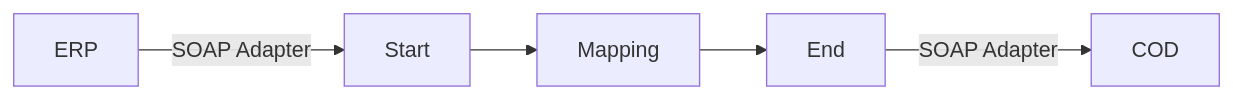
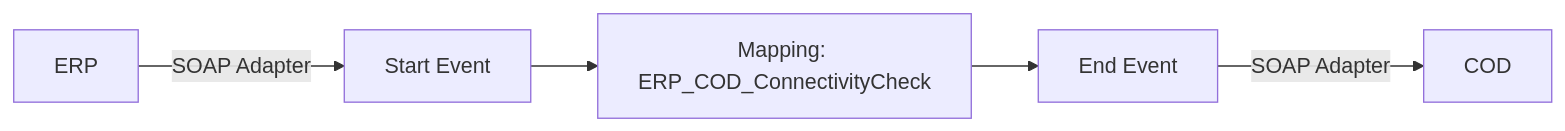
The diagram in MMZ - Cell Iflows/Check_Connectivity_from_SAP_Business_Suite_MMZ/1.0.3/readme.md (Avvale-IA-CICD/AvvaleCPI), drawn with Mermaid before and after one commit. The commit also changed other lines of this file, not shown here.

Commit message:
docs: Add/update version README for MMZ - Cell Iflows/Check_Connectivity_from_SAP_Business_Suite_MMZ/1.0.3

````diff
--- a/MMZ - Cell Iflows/Check_Connectivity_from_SAP_Business_Suite_MMZ/1.0.3/readme.md
+++ b/MMZ - Cell Iflows/Check_Connectivity_from_SAP_Business_Suite_MMZ/1.0.3/readme.md
@@ -4,7 +4,7 @@
 ```mermaid
 graph LR
-    ERP[ERP] -->|SOAP Adapter| Start
-    Start --> Mapping
-    Mapping --> End
-    End -->|SOAP Adapter| COD[COD]
+    ERP[ERP] -->|SOAP Adapter| StartEvent
+    StartEvent[Start Event] --> Mapping
+    Mapping[Mapping: ERP_COD_ConnectivityCheck] --> EndEvent
+    EndEvent[End Event] -->|SOAP Adapter| COD[COD]
 ```
````
